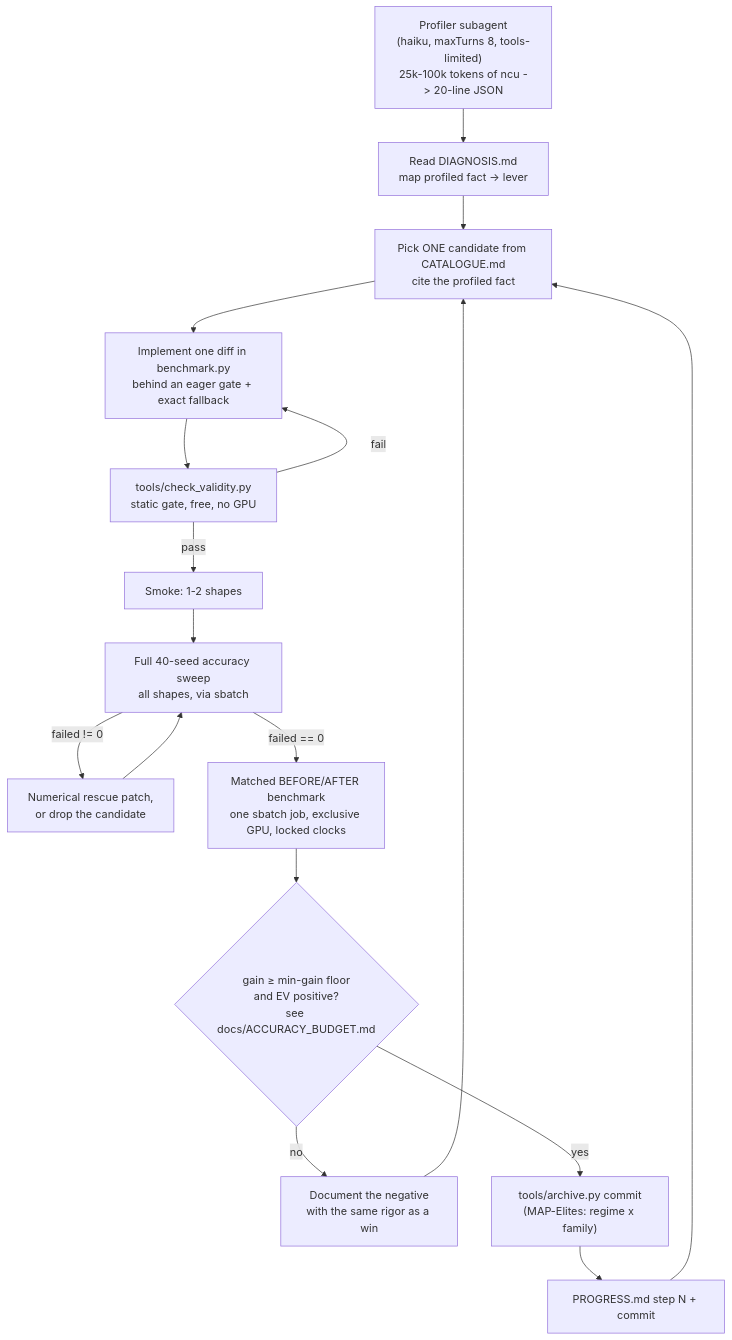
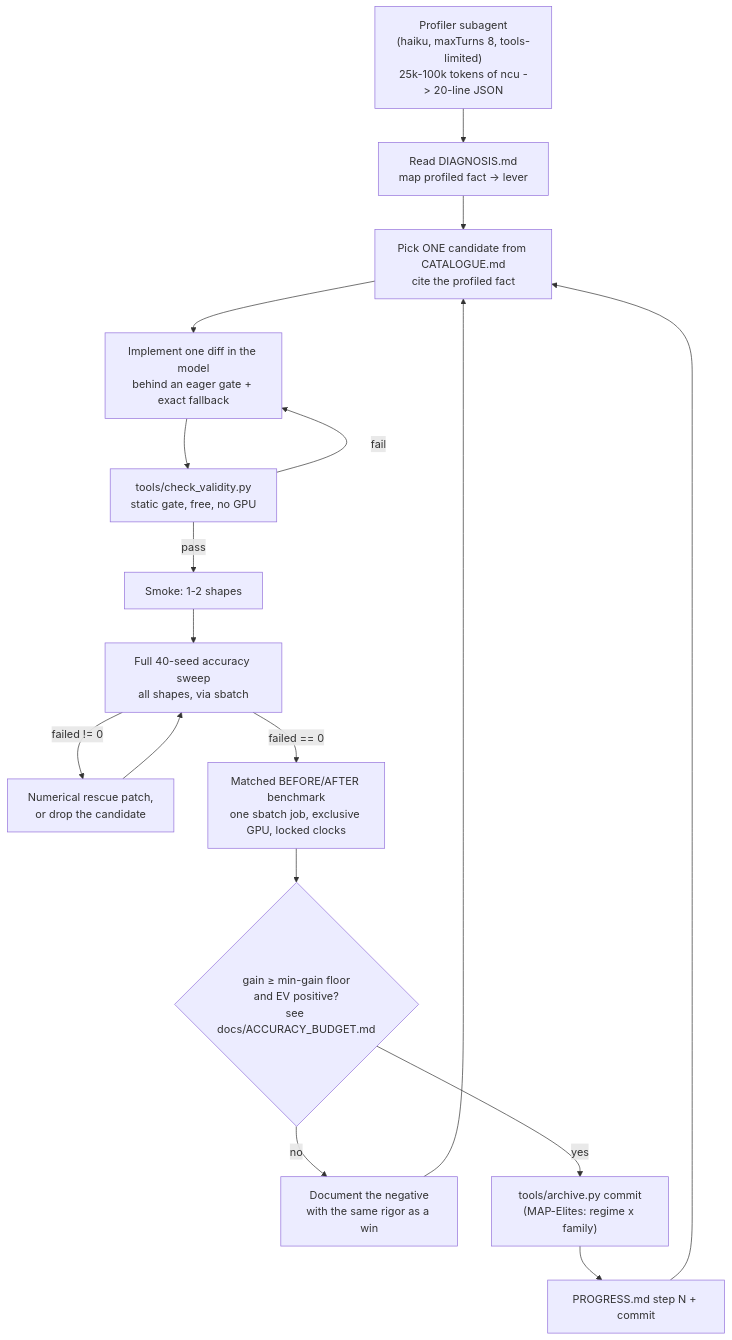
One commit to yeoshuyi/Flipfloppers-GPU-Kernel-Optimizer changed the third of 4 diagrams in README.md. Above: the diagram before and after it, drawn with Mermaid. The commit also changed other lines of this file and 67 other files, not shown here.

````diff
--- a/README.md
+++ b/README.md
@@ -320,20 +331,20 @@
 ```mermaid
 flowchart TD
     P["Profiler subagent<br/>(haiku, maxTurns 8, tools-limited)<br/>25k-100k tokens of ncu -> 20-line JSON"]
     P --> D["Read DIAGNOSIS.md<br/>map profiled fact -> lever"]
     D --> C["Pick ONE candidate from CATALOGUE.md<br/>cite the profiled fact"]
-    C --> I["Implement one diff in benchmark.py<br/>behind an eager gate + exact fallback"]
+    C --> I["Implement one diff in the model<br/>behind an eager gate + exact fallback"]
     I --> V["tools/check_validity.py<br/>static gate, free, no GPU"]
     V -->|fail| I
     V -->|pass| S["Smoke: 1-2 shapes"]
     S --> A["Full 40-seed accuracy sweep<br/>all shapes, via sbatch"]
     A -->|failed != 0| RESC["Numerical rescue patch,<br/>or drop the candidate"]
     RESC --> A
     A -->|failed == 0| B["Matched BEFORE/AFTER benchmark<br/>one sbatch job, exclusive GPU, locked clocks"]
     B --> G{"gain &ge; min-gain floor<br/>and EV positive?<br/>see docs/ACCURACY_BUDGET.md"}
     G -->|no| DOC1["Document the negative<br/>with the same rigor as a win"]
     G -->|yes| ARCH["tools/archive.py commit<br/>(MAP-Elites: regime x family)"]
     ARCH --> DOC2["PROGRESS.md step N + commit"]
     DOC1 --> C
     DOC2 --> C
 ```
````
